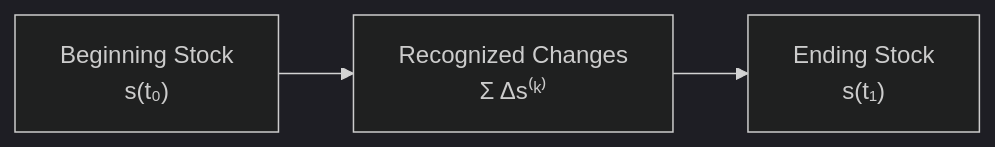
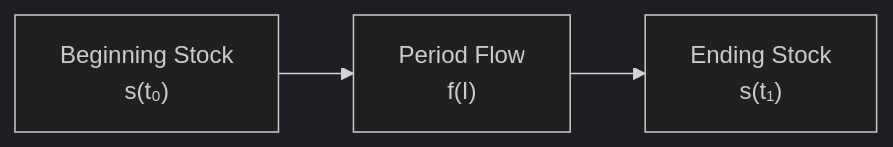
Before and after one commit to niikei/accounting-state-model: the second of 10 diagrams in theory/07-period-stock-flow.md, drawn with Mermaid (dark theme). The commit also changed other lines of this file and 2 other files, not shown here.

````diff
--- a/theory/07-period-stock-flow.md
+++ b/theory/07-period-stock-flow.md
@@ -77,8 +167,8 @@
 ```mermaid
 flowchart LR
     S0["Beginning Stock<br/>s(t₀)"]
-    EVENTS["Recognized Changes<br/>Σ Δs⁽ᵏ⁾"]
+    F["Period Flow<br/>f(I)"]
     S1["Ending Stock<br/>s(t₁)"]
 
-    S0 --> EVENTS --> S1
+    S0 --> F --> S1
 ```
````
